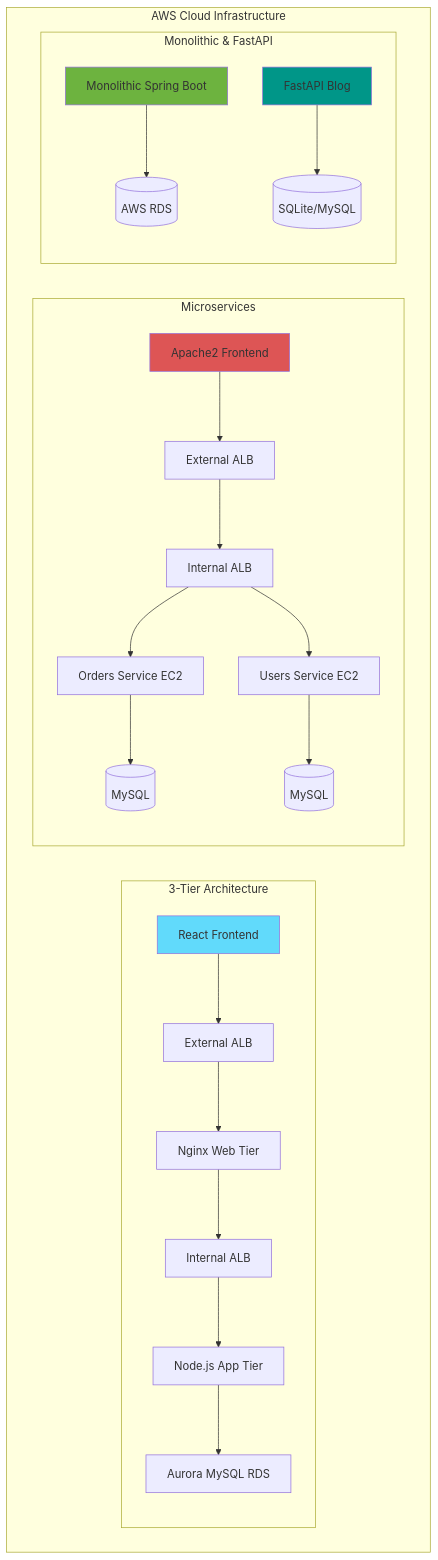
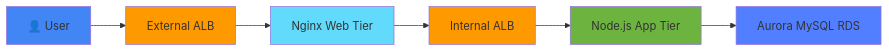
One commit to Yampss/UST-Material changed the second of 12 diagrams in README.md. Above: the diagram before and after it, drawn with Mermaid. The commit also changed other lines of this file, not shown here.

````diff
--- a/README.md
+++ b/README.md
@@ -34,31 +36,15 @@
 ```mermaid
-graph TB
-    subgraph "AWS Cloud Infrastructure"
-        subgraph "3-Tier Architecture"
-            A1[React Frontend] --> A2[External ALB]
-            A2 --> A3[Nginx Web Tier]
-            A3 --> A4[Internal ALB]
-            A4 --> A5[Node.js App Tier]
-            A5 --> A6[Aurora MySQL RDS]
-        end
-        
-        subgraph "Microservices"
-            B1[Apache2 Frontend] --> B2[External ALB]
-            B2 --> B3[Internal ALB]
-            B3 --> B4[Orders Service EC2]
-            B3 --> B5[Users Service EC2]
-            B4 --> B6[(MySQL)]
-            B5 --> B7[(MySQL)]
-        end
-        
-        subgraph "Monolithic & FastAPI"
-            C1[Monolithic Spring Boot] --> C2[(AWS RDS)]
-            C3[FastAPI Blog] --> C4[(SQLite/MySQL)]
-        end
-    end
-    
-    style A1 fill:#61dafb
-    style B1 fill:#d55
-    style C1 fill:#6db33f
-    style C3 fill:#009688
+flowchart LR
+    User[👤 User]
+    User --> ExtALB[External ALB]
+    ExtALB --> Nginx[Nginx Web Tier]
+    Nginx --> IntALB[Internal ALB]
+    IntALB --> Node[Node.js App Tier]
+    Node --> Aurora[Aurora MySQL RDS]
+    style User fill:#4285f4
+    style ExtALB fill:#ff9900
+    style IntALB fill:#ff9900
+    style Nginx fill:#61dafb
+    style Node fill:#6db33f
+    style Aurora fill:#527fff
 ```
````
